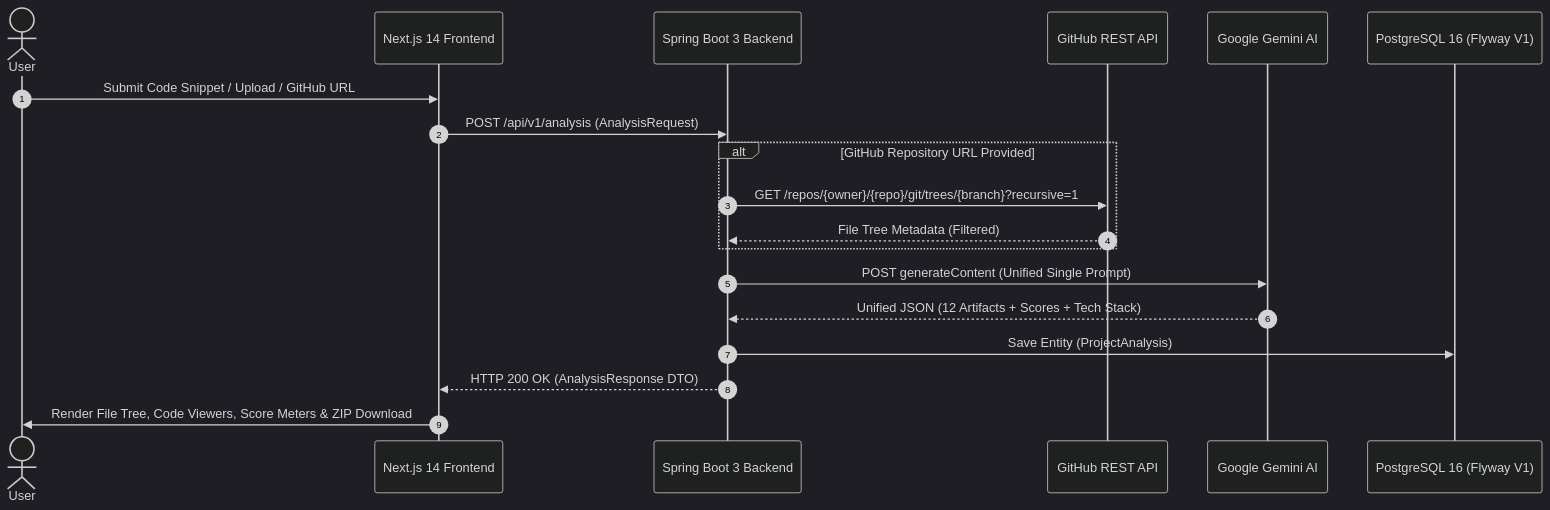
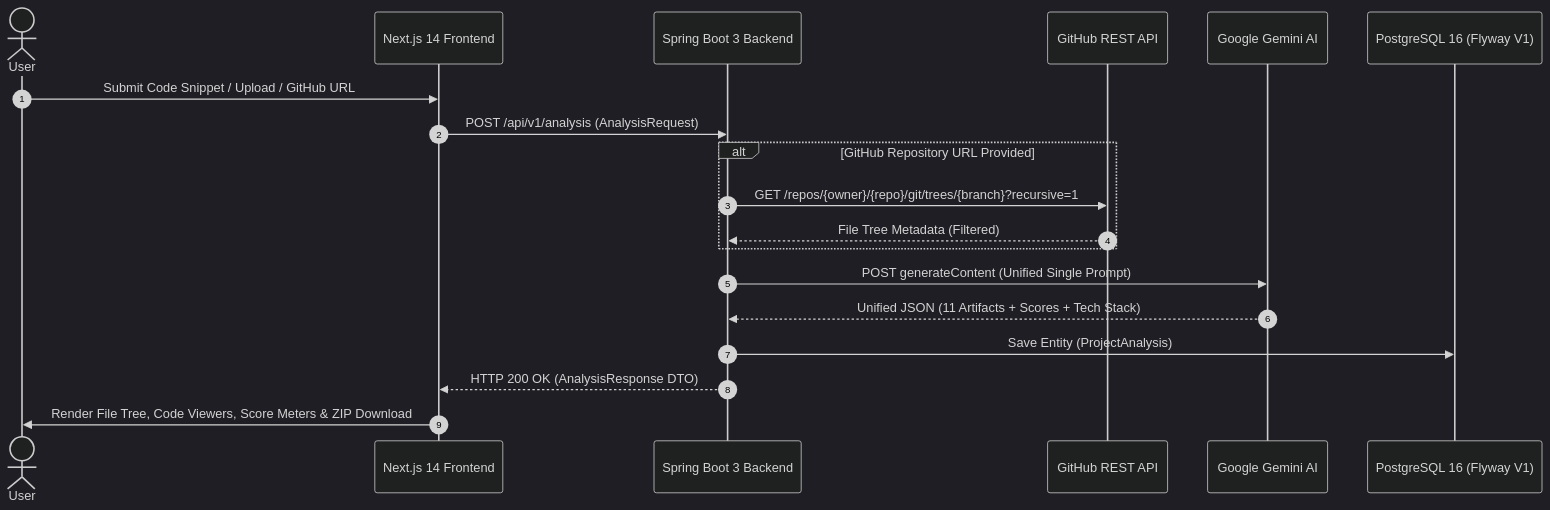
Before and after one commit to mohamad-shafeez/ai-devops-assistant: the diagram in README.md, drawn with Mermaid (dark theme). The commit also changed other lines of this file and 9 other files, not shown here.

````diff
--- a/README.md
+++ b/README.md
@@ -60,22 +63,22 @@
 ```mermaid
 sequenceDiagram
     autonumber
     actor User
     participant NextJS as Next.js 14 Frontend
     participant Spring as Spring Boot 3 Backend
     participant GH as GitHub REST API
     participant Gemini as Google Gemini AI
     participant DB as PostgreSQL 16 (Flyway V1)
 
     User->>NextJS: Submit Code Snippet / Upload / GitHub URL
     NextJS->>Spring: POST /api/v1/analysis (AnalysisRequest)
     alt GitHub Repository URL Provided
         Spring->>GH: GET /repos/{owner}/{repo}/git/trees/{branch}?recursive=1
         GH-->>Spring: File Tree Metadata (Filtered)
     end
     Spring->>Gemini: POST generateContent (Unified Single Prompt)
-    Gemini-->>Spring: Unified JSON (12 Artifacts + Scores + Tech Stack)
+    Gemini-->>Spring: Unified JSON (11 Artifacts + Scores + Tech Stack)
     Spring->>DB: Save Entity (ProjectAnalysis)
     Spring-->>NextJS: HTTP 200 OK (AnalysisResponse DTO)
     NextJS->>User: Render File Tree, Code Viewers, Score Meters & ZIP Download
 ```
````
